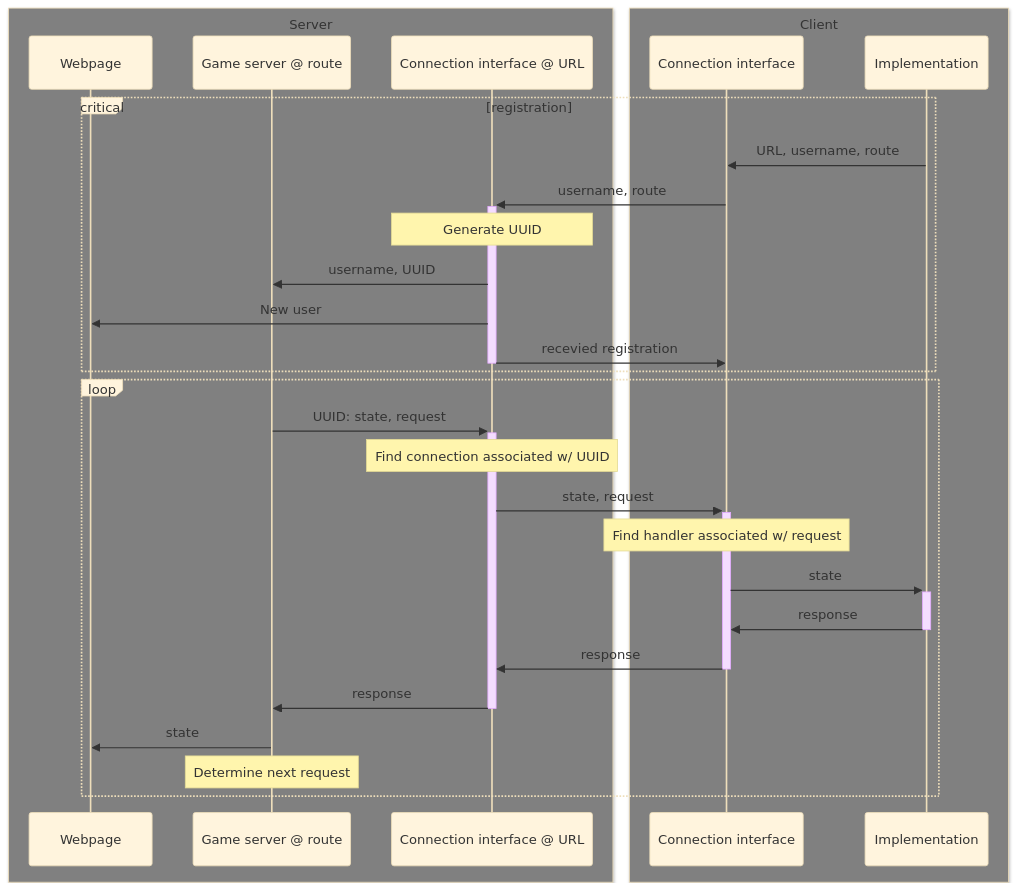
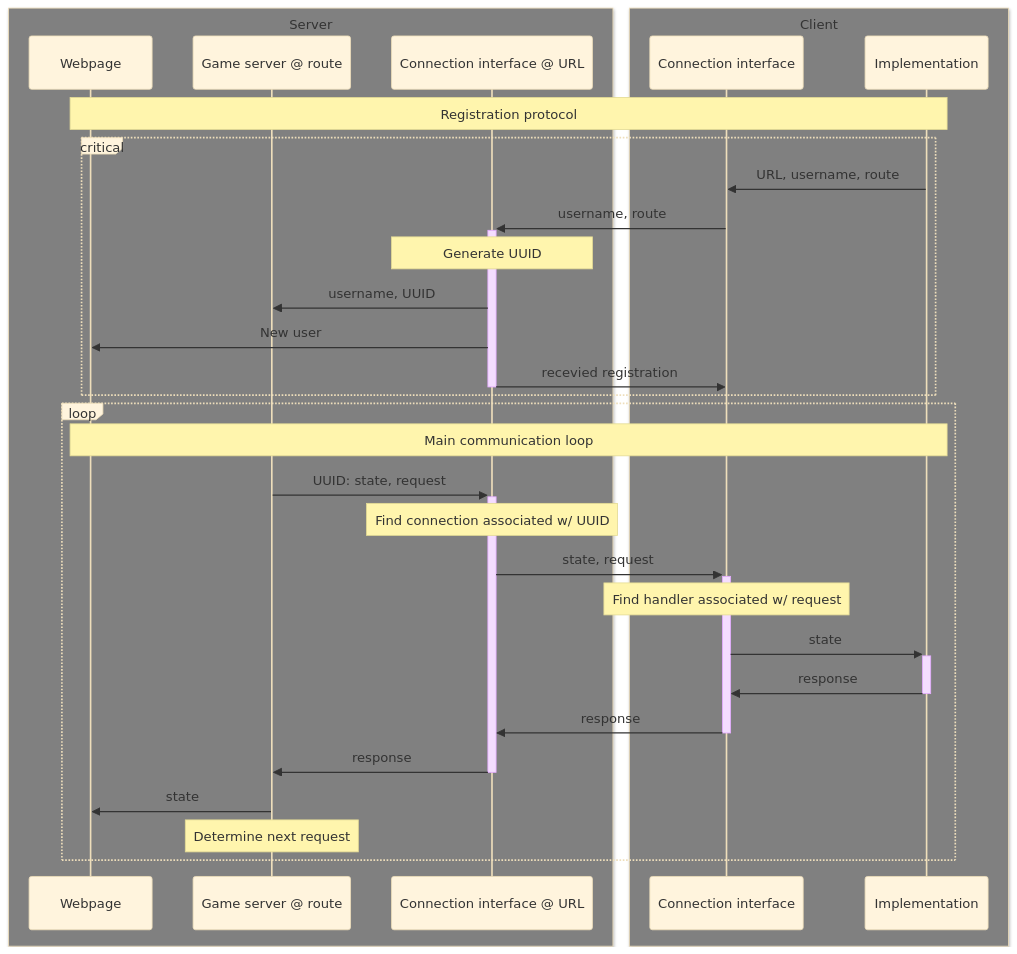
Before and after one commit to MeijeronFire/competition-backend: the diagram in docs/specs.md, drawn with Mermaid (base theme). The commit also changed other lines of this file, not shown here.

Commit message:
updated diagram

````diff
--- a/docs/specs.md
+++ b/docs/specs.md
@@ -9,37 +8,36 @@
 ```mermaid
 sequenceDiagram
     box Gray Server
     participant page as Webpage
     participant SF as Game server @ route
     participant SB as Connection interface @ URL
     end
     box Gray Client
     participant CB as Connection interface
     participant CF as Implementation
     end
 
-    critical registration
+    Note over page, CF: Registration protocol
+    critical
         CF->>CB: URL, username, route
         CB->>+SB: username, route
         Note over SB:Generate UUID
         SB->>SF: username, UUID
         SB->>page: New user
         SB->>-CB: recevied registration
     end
 
     loop
+        Note over page, CF: Main communication loop
         SF->>+SB: UUID: state, request
         Note over SB:Find connection associated w/ UUID
         SB->>+CB: state, request
         Note over CB: Find handler associated w/ request
         CB->>+CF: state
         CF->>-CB: response
         CB->>-SB: response
         SB->>-SF: response
         SF->>page: state
         Note over SF: Determine next request
     end
-    
-
-    
 ```
````
